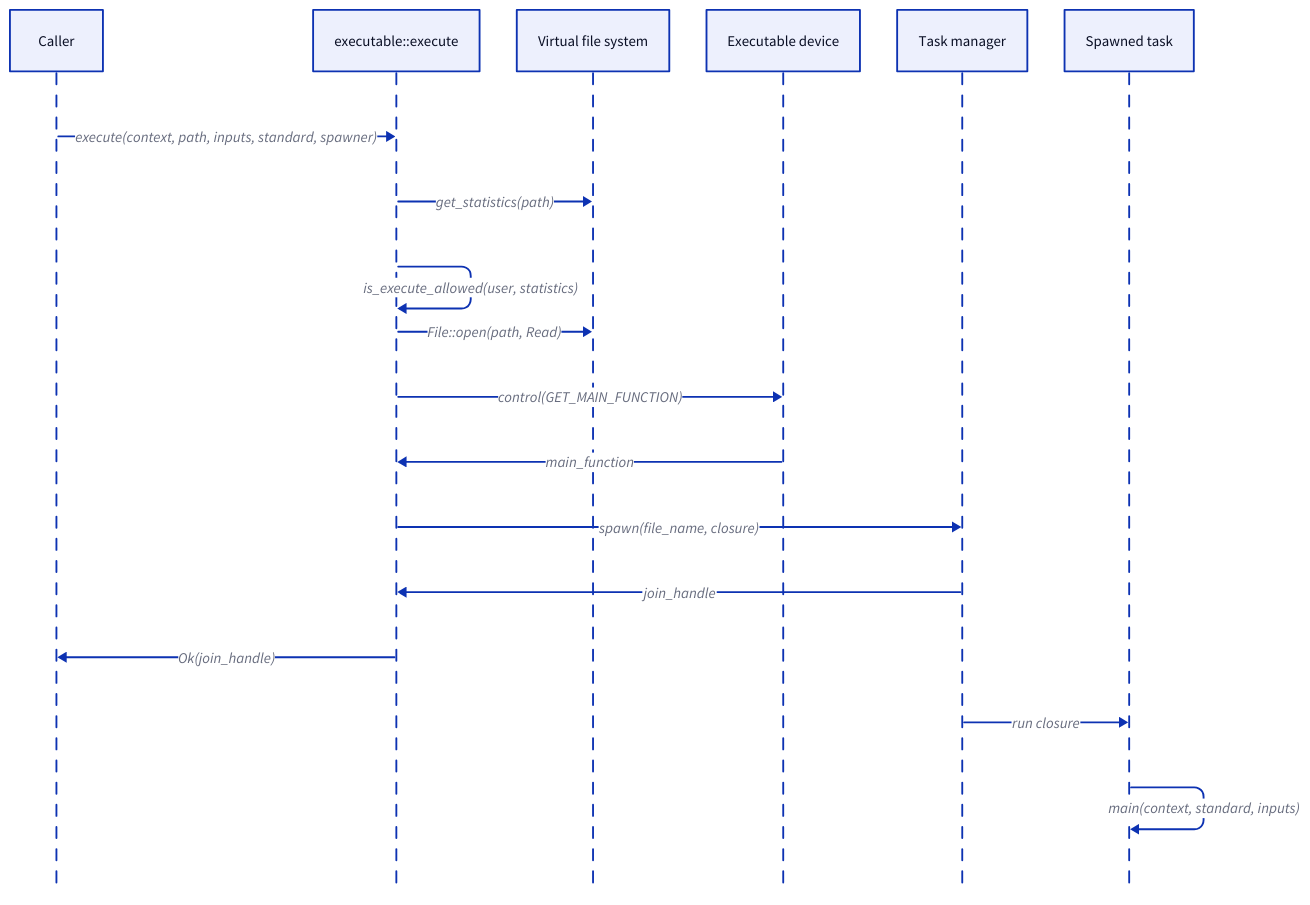
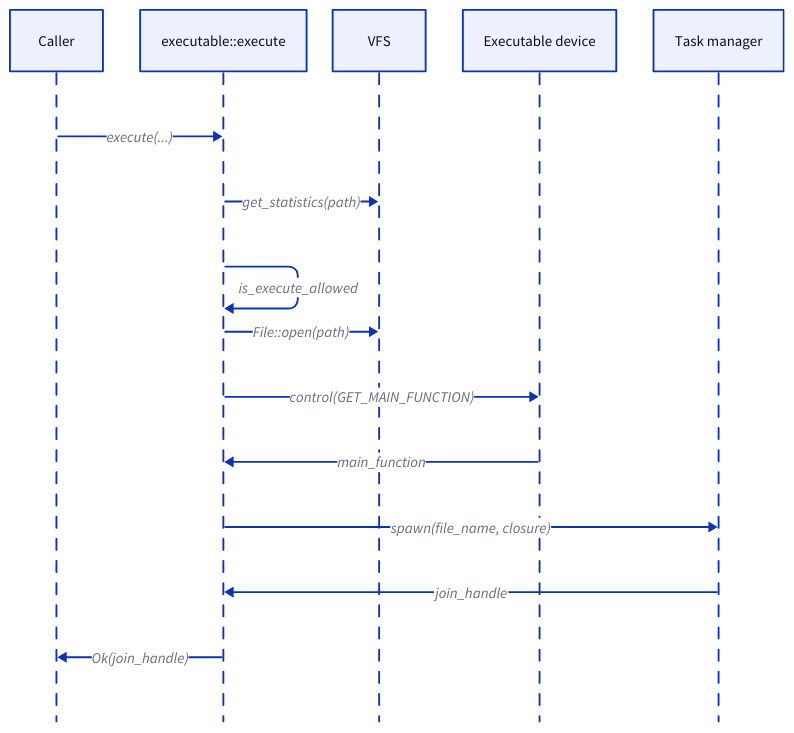
One commit to xila-project/website changed the diagram in src/content/docs/explanation/architecture/libraries/executable.mdx. Above: the diagram before and after it, drawn with D2. The commit also changed 6 other files, not shown here.

First line of the commit message:
docs(diagrams): fix review findings on the library diagrams

````diff
--- a/src/content/docs/explanation/architecture/libraries/executable.mdx
+++ b/src/content/docs/explanation/architecture/libraries/executable.mdx
@@ -66,22 +66,19 @@
 ```d2 title="Sequence of steps when launching an executable"
 shape: sequence_diagram
 
 caller: Caller
 execute: executable::execute
-vfs: Virtual file system
+vfs: VFS
 device: Executable device
 task_manager: Task manager
-task: Spawned task
 
-caller -> execute: execute(context, path, inputs, standard, spawner)
+caller -> execute: execute(...)
 execute -> vfs: get_statistics(path)
-execute -> execute: is_execute_allowed(user, statistics)
-execute -> vfs: File::open(path, Read)
+execute -> execute: is_execute_allowed
+execute -> vfs: File::open(path)
 execute -> device: control(GET_MAIN_FUNCTION)
-device --> execute: main_function
+device -> execute: main_function { class: optional }
 execute -> task_manager: spawn(file_name, closure)
-task_manager --> execute: join_handle
-execute --> caller: Ok(join_handle)
-task_manager -> task: run closure
-task -> task: main(context, standard, inputs)
+task_manager -> execute: join_handle { class: optional }
+execute -> caller: Ok(join_handle) { class: optional }
 ```
````
